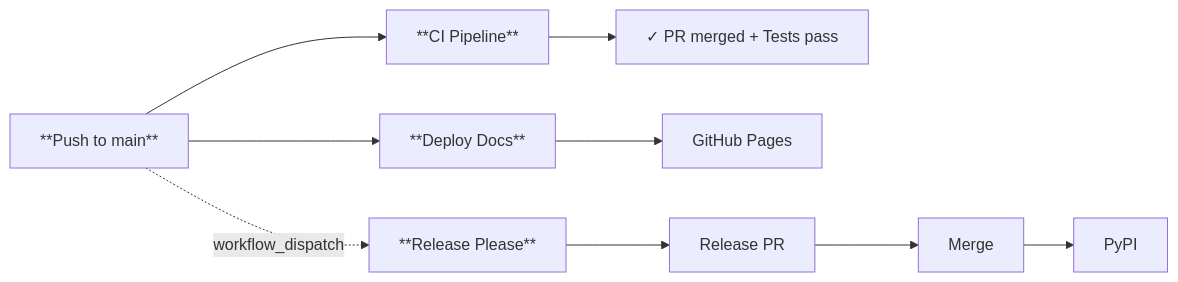
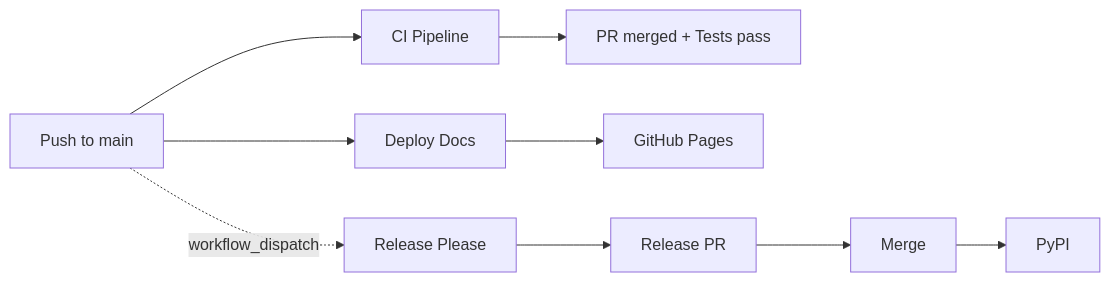
Before and after one commit to alexmarco/ddlglot: the first of 7 diagrams in CICD_ARCHITECTURE.md, drawn with Mermaid. The commit also changed other lines of this file, not shown here.

First line of the commit message:
fix(docs): correct Mermaid syntax for GitHub rendering

````diff
--- a/CICD_ARCHITECTURE.md
+++ b/CICD_ARCHITECTURE.md
@@ -17,10 +17,10 @@
 ```mermaid
 flowchart LR
-    A["**Push to main**"] --> B["**CI Pipeline**"]
-    A --> C["**Deploy Docs**"]
-    A -.->|"workflow_dispatch"| D["**Release Please**"]
-    B --> E["✓ PR merged + Tests pass"]
+    A["Push to main"] --> B["CI Pipeline"]
+    A --> C["Deploy Docs"]
+    A -.->|"workflow_dispatch"| D["Release Please"]
+    B --> E["PR merged + Tests pass"]
     C --> F["GitHub Pages"]
     D --> G["Release PR"]
     G --> H["Merge"] --> I["PyPI"]
 ```
````
